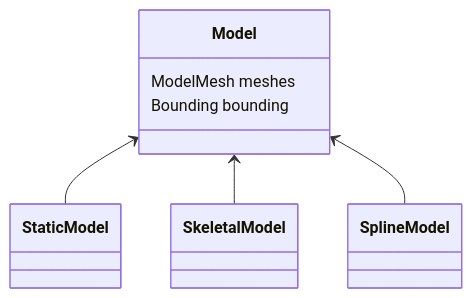
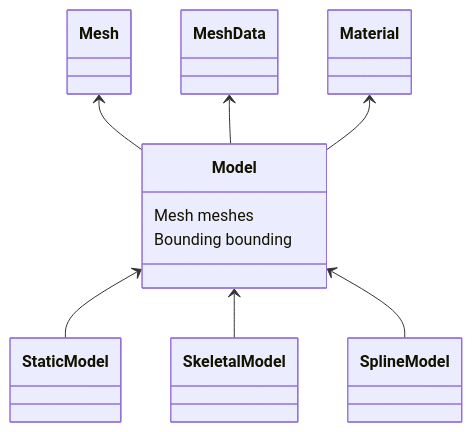
Before and after one commit to Gajumaru314159/OctbitEngine: the diagram in Source/Framework/Model/Misc/Model.md, drawn with Mermaid. The commit also changed other lines of this file and 2 other files, not shown here.

````diff
--- a/Source/Framework/Model/Misc/Model.md
+++ b/Source/Framework/Model/Misc/Model.md
@@ -5,9 +5,13 @@
 ```mermaid
 classDiagram
     Model <-- StaticModel
     Model <-- SkeletalModel
     Model <-- SplineModel
 
-    Model : ModelMesh meshes
+    Mesh <-- Model
+    MeshData <-- Model
+    Material <-- Model
+
+    Model : Mesh meshes
     Model : Bounding bounding
 ```
````
